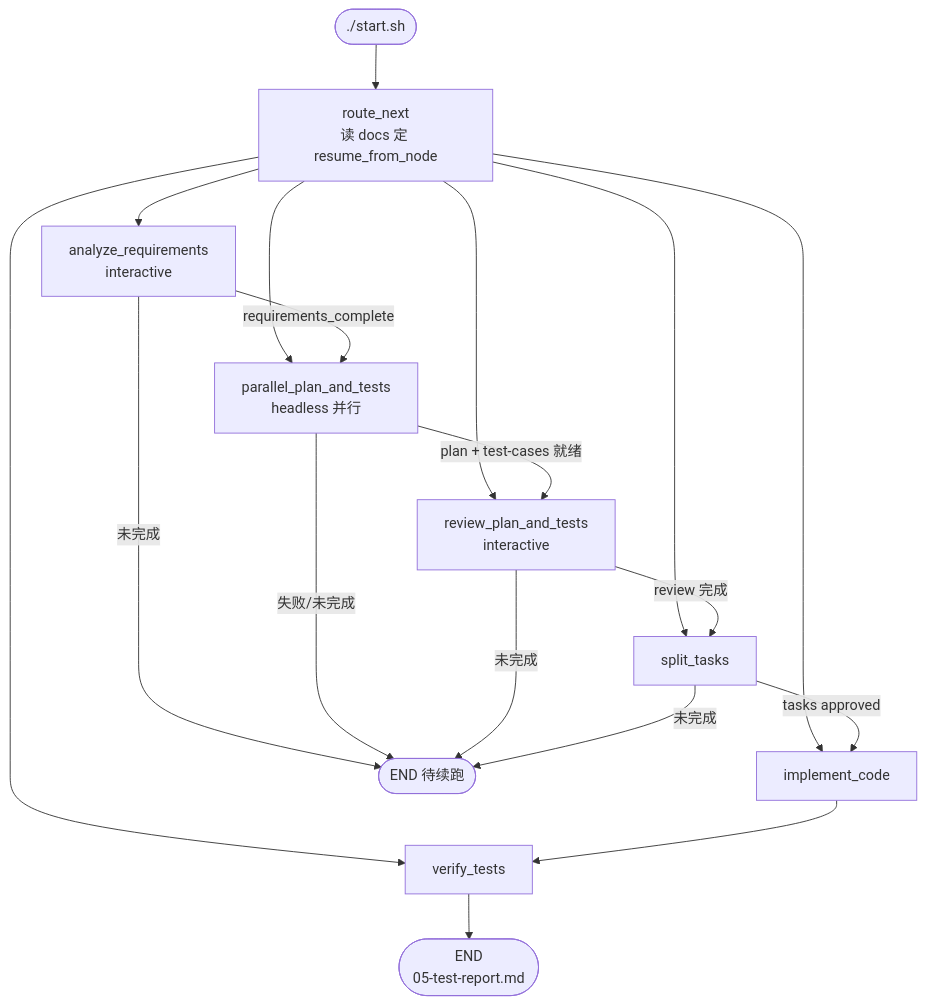
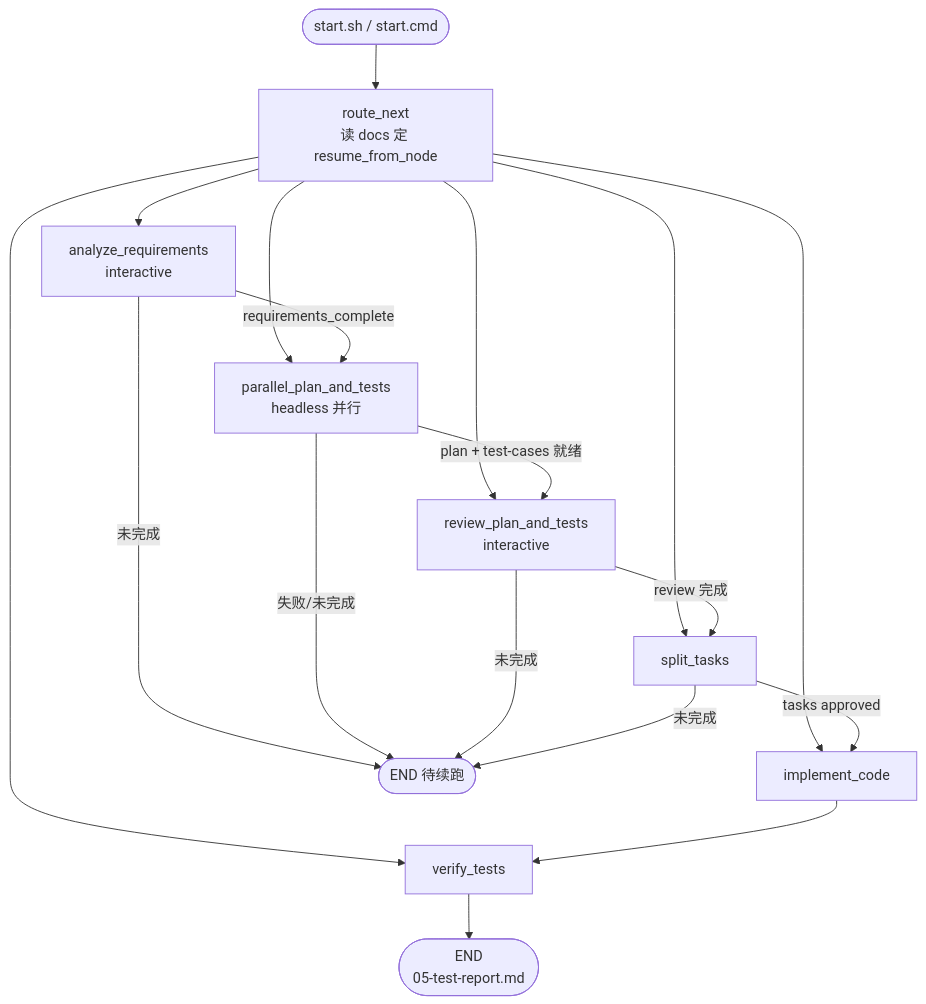
One commit to BeyondNothing/ai4se-sdd-loop-workflow changed the diagram in README.md. Above: the diagram before and after it, drawn with Mermaid. The commit also changed other lines of this file and 12 other files, not shown here.

````diff
--- a/README.md
+++ b/README.md
@@ -101,25 +210,25 @@
 ```mermaid
 flowchart TD
-    START([./start.sh]) --> ROUTE[route_next<br/>读 docs 定 resume_from_node]
+    START([start.sh / start.cmd]) --> ROUTE[route_next<br/>读 docs 定 resume_from_node]
     ROUTE --> A[analyze_requirements<br/>interactive]
     ROUTE --> P[parallel_plan_and_tests<br/>headless 并行]
     ROUTE --> R[review_plan_and_tests<br/>interactive]
     ROUTE --> T[split_tasks]
     ROUTE --> I[implement_code]
     ROUTE --> V[verify_tests]
 
     A -->|requirements_complete| P
     A -->|未完成| PAUSE([END 待续跑])
 
     P -->|plan + test-cases 就绪| R
     P -->|失败/未完成| PAUSE
 
     R -->|review 完成| T
     R -->|未完成| PAUSE
 
     T -->|tasks approved| I
     T -->|未完成| PAUSE
 
     I --> V
     V --> DONE([END<br/>05-test-report.md])
 ```
````
